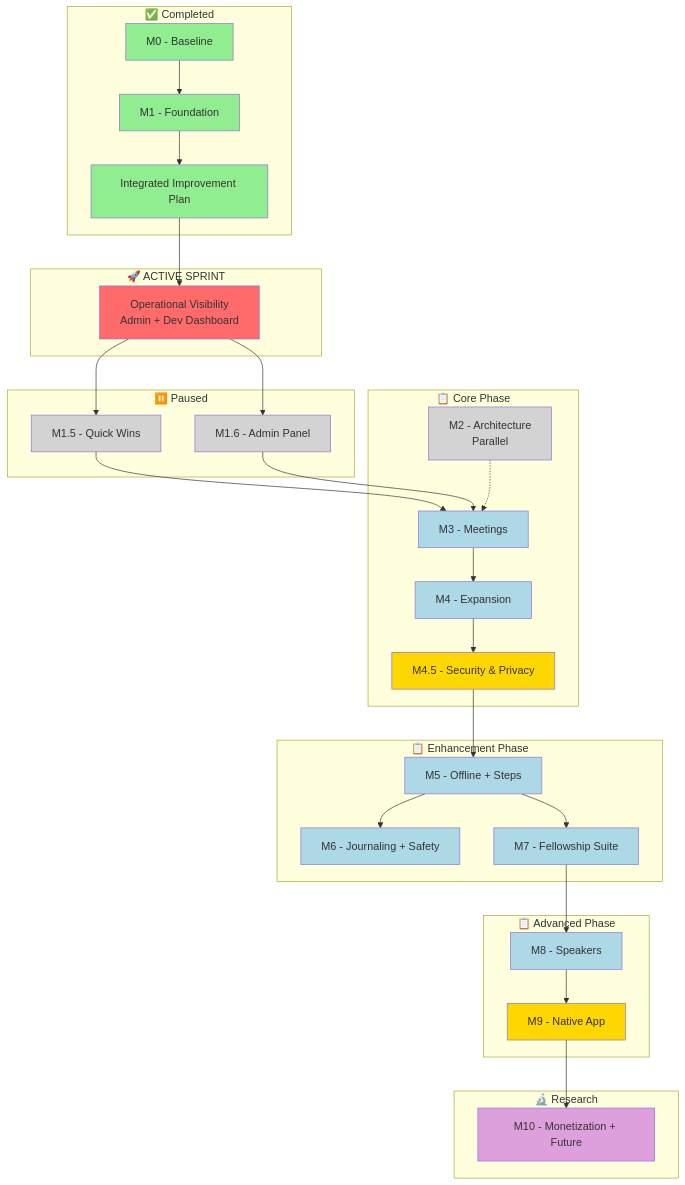
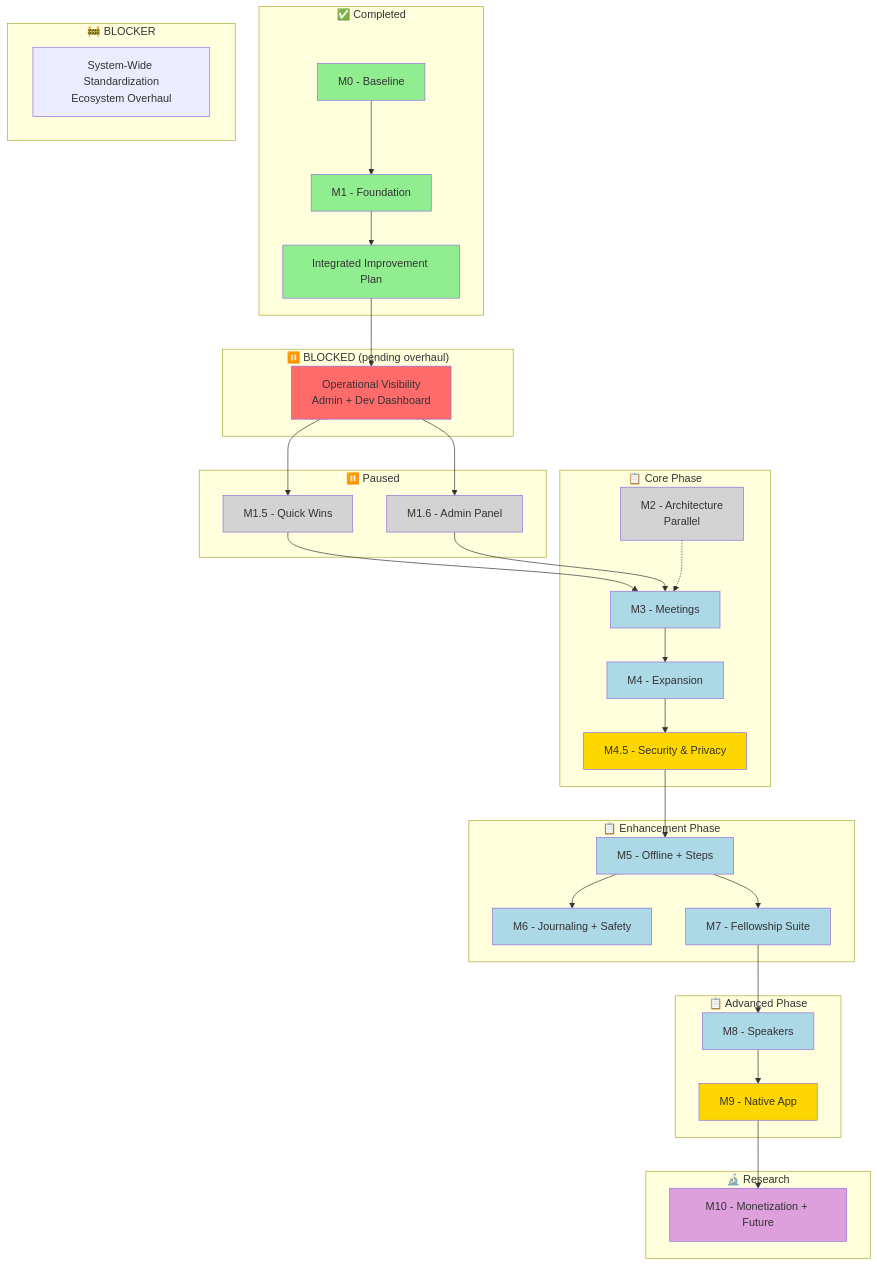
One commit to jasonmichaelbell78-creator/sonash-v0 changed the diagram in ROADMAP.md. Above: the diagram before and after it, drawn with Mermaid. The commit also changed other lines of this file and 38 other files, not shown here.

First line of the commit message:
feat: System-Wide Standardization Deep-Plan — 92 Decisions, 18 Tenets, 21-Step Overhaul Plan (PLAN.md v1.1) (#416)

````diff
--- a/ROADMAP.md
+++ b/ROADMAP.md
@@ -140,73 +141,77 @@
 ```mermaid
 flowchart TD
     subgraph Completed["✅ Completed"]
         M0[M0 - Baseline]
         M1[M1 - Foundation]
         DOC[Integrated Improvement Plan]
     end
 
-    subgraph Active["🚀 ACTIVE SPRINT"]
+    subgraph Blocker["🚧 BLOCKER"]
+        SWS[System-Wide Standardization\nEcosystem Overhaul]
+    end
+
+    subgraph Blocked["⏸️ BLOCKED (pending overhaul)"]
         OVS[Operational Visibility\nAdmin + Dev Dashboard]
     end
 
     subgraph Paused["⏸️ Paused"]
         M15[M1.5 - Quick Wins]
         M16[M1.6 - Admin Panel]
     end
 
     subgraph Core["📋 Core Phase"]
         M2[M2 - Architecture\nParallel]
         M3[M3 - Meetings]
         M4[M4 - Expansion]
         M45[M4.5 - Security & Privacy]
     end
 
     subgraph Enhancement["📋 Enhancement Phase"]
         M5[M5 - Offline + Steps]
         M6[M6 - Journaling + Safety]
         M7[M7 - Fellowship Suite]
     end
 
     subgraph Advanced["📋 Advanced Phase"]
         M8[M8 - Speakers]
         M9[M9 - Native App]
     end
 
     subgraph Research["🔬 Research"]
         M10[M10 - Monetization + Future]
     end
 
     M0 --> M1
     M1 --> DOC
     DOC --> OVS
     OVS --> M15
     OVS --> M16
     M15 --> M3
     M16 --> M3
     M2 -.-> M3
     M3 --> M4
     M4 --> M45
     M45 --> M5
     M5 --> M6
     M5 --> M7
     M7 --> M8
     M8 --> M9
     M9 --> M10
 
     style M0 fill:#90EE90
     style M1 fill:#90EE90
     style DOC fill:#90EE90
     style OVS fill:#FF6B6B
     style M15 fill:#D3D3D3
     style M16 fill:#D3D3D3
     style M2 fill:#D3D3D3
     style M3 fill:#ADD8E6
     style M4 fill:#ADD8E6
     style M45 fill:#FFD700
     style M5 fill:#ADD8E6
     style M6 fill:#ADD8E6
     style M7 fill:#ADD8E6
     style M8 fill:#ADD8E6
     style M9 fill:#FFD700
     style M10 fill:#DDA0DD
 ```
````
